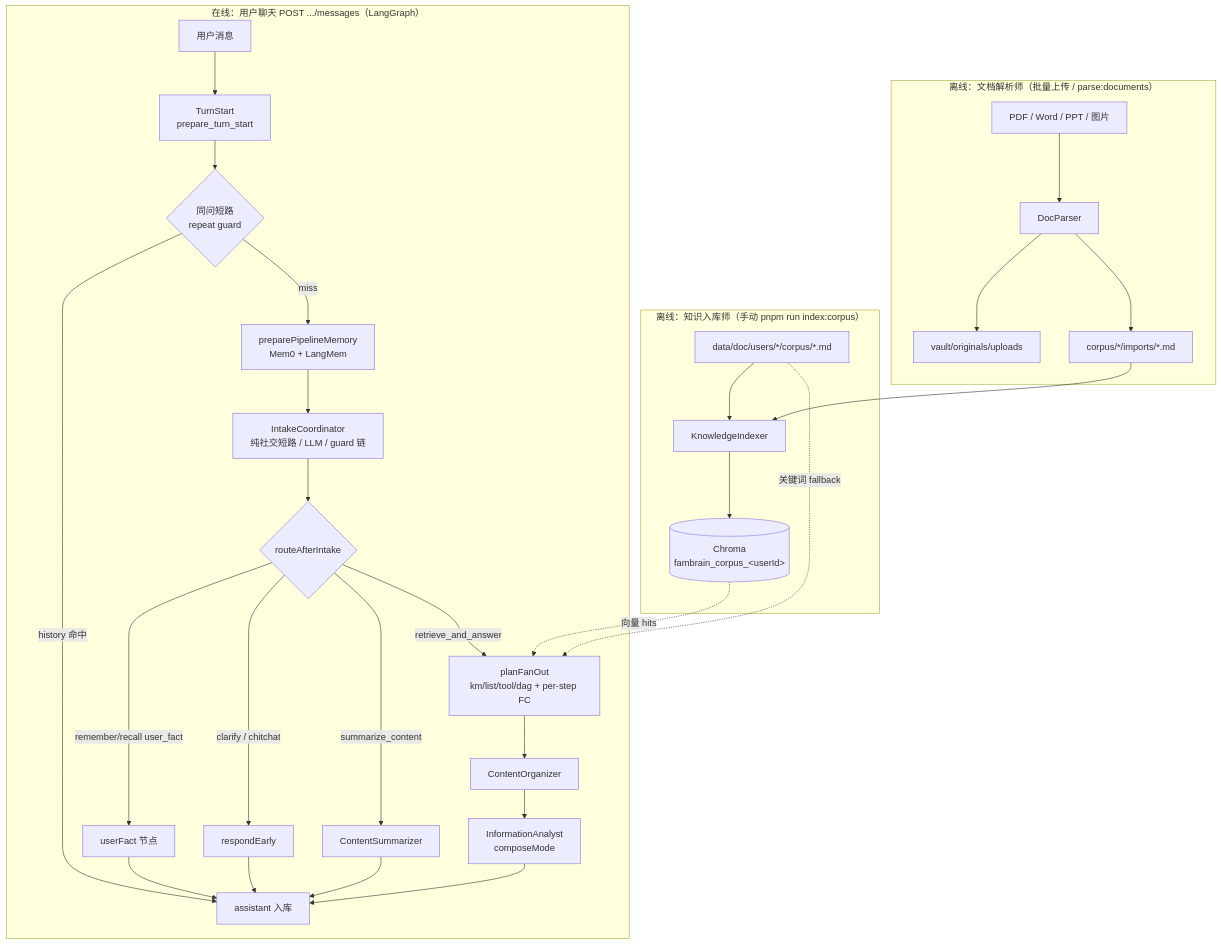
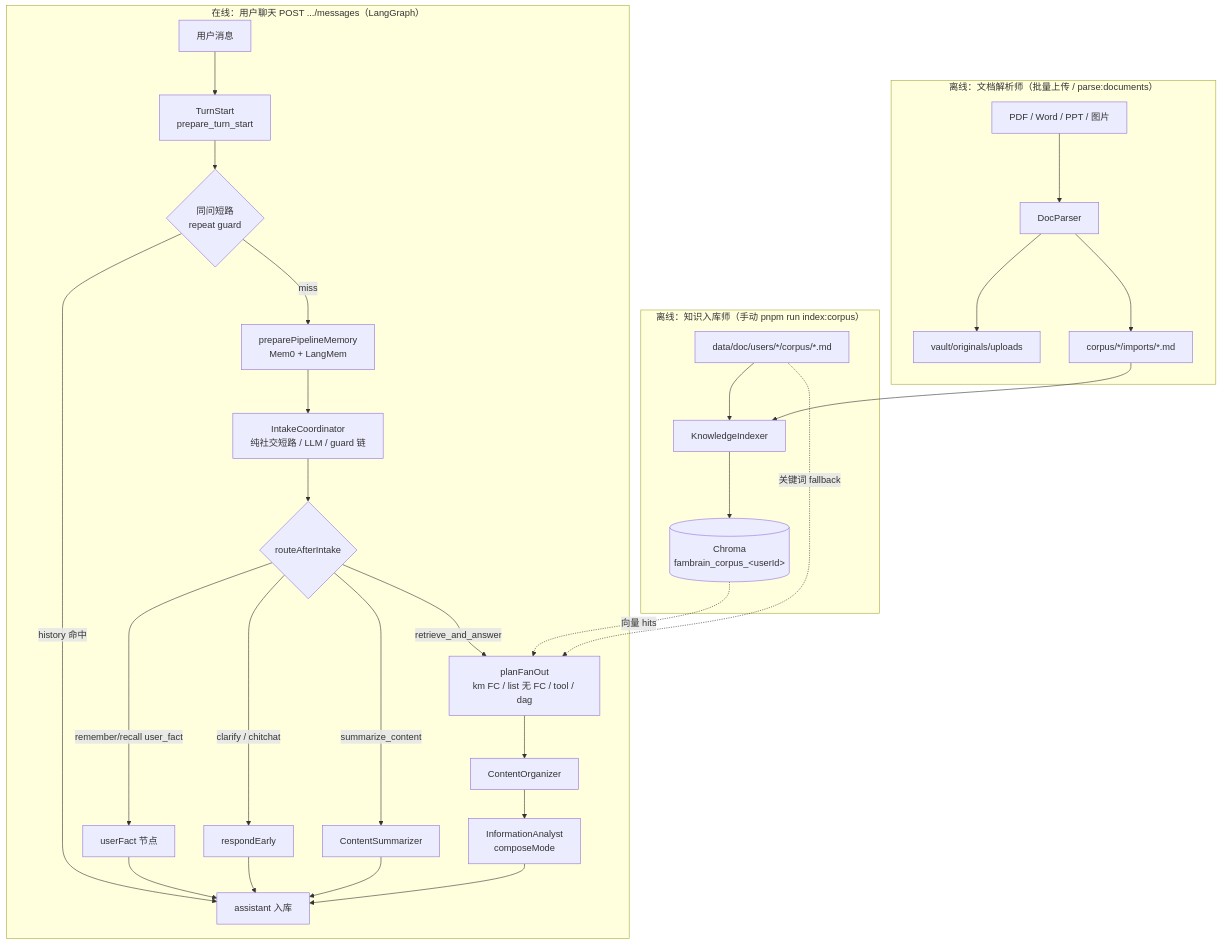
The first of 13 diagrams in docs/02-agent-flows.md (panzhanfei/agent), drawn with Mermaid before and after one commit. The commit also changed other lines of this file and 116 other files, not shown here.

````diff
--- a/docs/02-agent-flows.md
+++ b/docs/02-agent-flows.md
@@ -40,42 +41,42 @@
 ```mermaid
 flowchart TB
   subgraph offline ["离线：知识入库师（手动 pnpm run index:corpus）"]
     MD["data/doc/users/*/corpus/*.md"]
     KI["KnowledgeIndexer"]
     CH[("Chroma<br/>fambrain_corpus_&lt;userId&gt;")]
     MD --> KI --> CH
   end
 
   subgraph ingest ["离线：文档解析师（批量上传 / parse:documents）"]
     UP["PDF / Word / PPT / 图片"]
     DP["DocParser"]
     VAULT["vault/originals/uploads"]
     IMP["corpus/*/imports/*.md"]
     UP --> DP
     DP --> VAULT
     DP --> IMP
     IMP --> KI
   end
 
   subgraph online ["在线：用户聊天 POST .../messages（LangGraph）"]
     U[用户消息] --> PT[TurnStart<br/>prepare_turn_start]
     PT --> REP{同问短路<br/>repeat guard}
     REP -->|history 命中| OUT[assistant 流式输出]
     REP -->|miss| MEM["preparePipelineMemory<br/>Mem0 + LangMem"]
     MEM --> IC[IntakeCoordinator<br/>纯社交短路 / LLM / guard 链]
     IC --> P{routeAfterIntake}
     P -->|remember/recall user_fact| UF[userFact 节点]
     P -->|clarify / chitchat| R1[respondEarly]
     P -->|summarize_content| SUM[ContentSummarizer]
-    P -->|retrieve_and_answer| PE[planFanOut<br/>km/list/tool/dag + per-step FC]
+    P -->|retrieve_and_answer| PE[planFanOut<br/>km FC / list 无 FC / tool / dag]
     PE --> CO[ContentOrganizer]
     CO --> IA[InformationAnalyst<br/>composeMode]
     IA --> OUT[assistant 入库]
     UF --> OUT
     R1 --> OUT
     SUM --> OUT
   end
 
   CH -.->|向量 hits| PE
   MD -.->|关键词 fallback| PE
 ```
````
